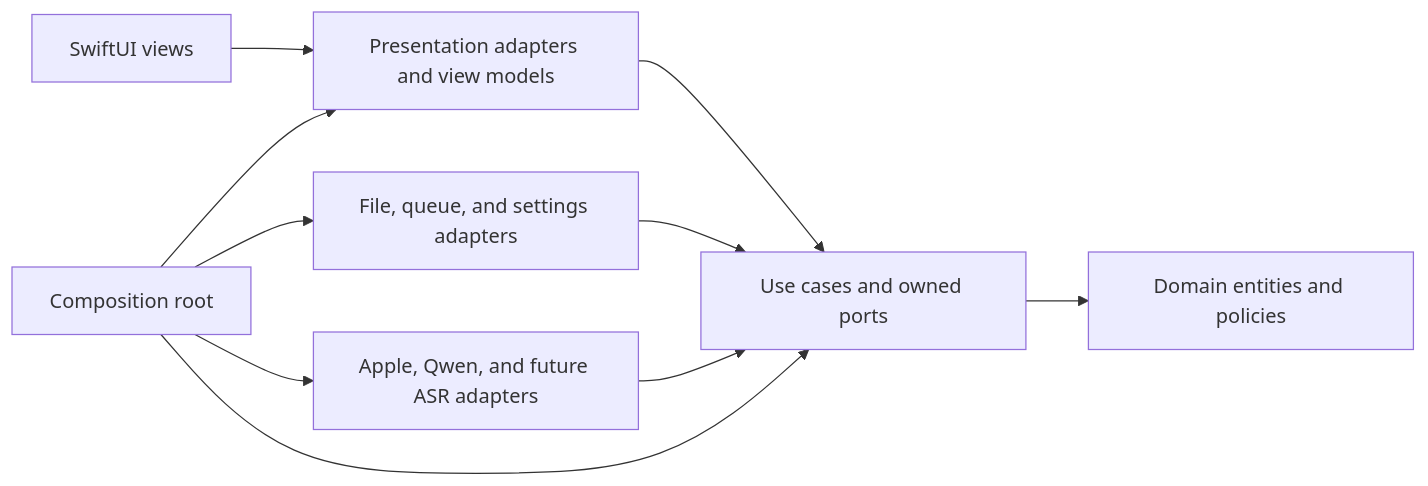
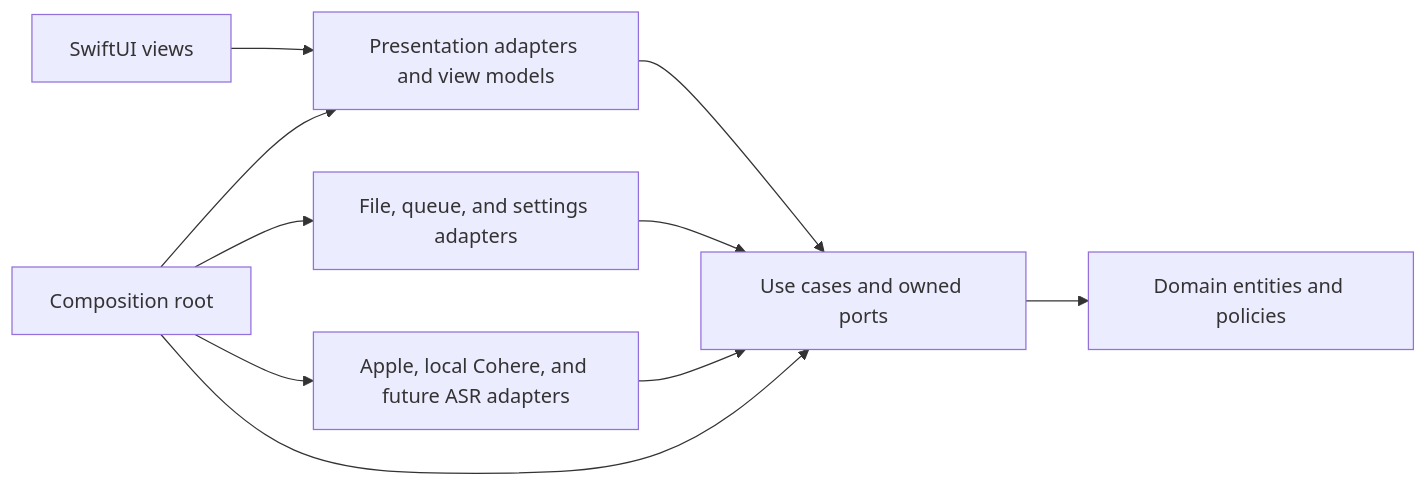
The first of 2 diagrams in docs/architecture.md (pastry-personal5/narihitos-diary-mobile), drawn with Mermaid before and after one commit. The commit also changed other lines of this file and 20 other files, not shown here.

````diff
--- a/docs/architecture.md
+++ b/docs/architecture.md
@@ -19,12 +19,12 @@
 ```mermaid
 flowchart LR
     VIEW[SwiftUI views] --> PRESENT[Presentation adapters and view models]
     PRESENT --> USE[Use cases and owned ports]
     USE --> DOMAIN[Domain entities and policies]
     STORAGE[File, queue, and settings adapters] --> USE
-    SPEECH[Apple, Qwen, and future ASR adapters] --> USE
+    SPEECH[Apple, local Cohere, and future ASR adapters] --> USE
     ROOT[Composition root] --> PRESENT
     ROOT --> USE
     ROOT --> STORAGE
     ROOT --> SPEECH
 ```
````
